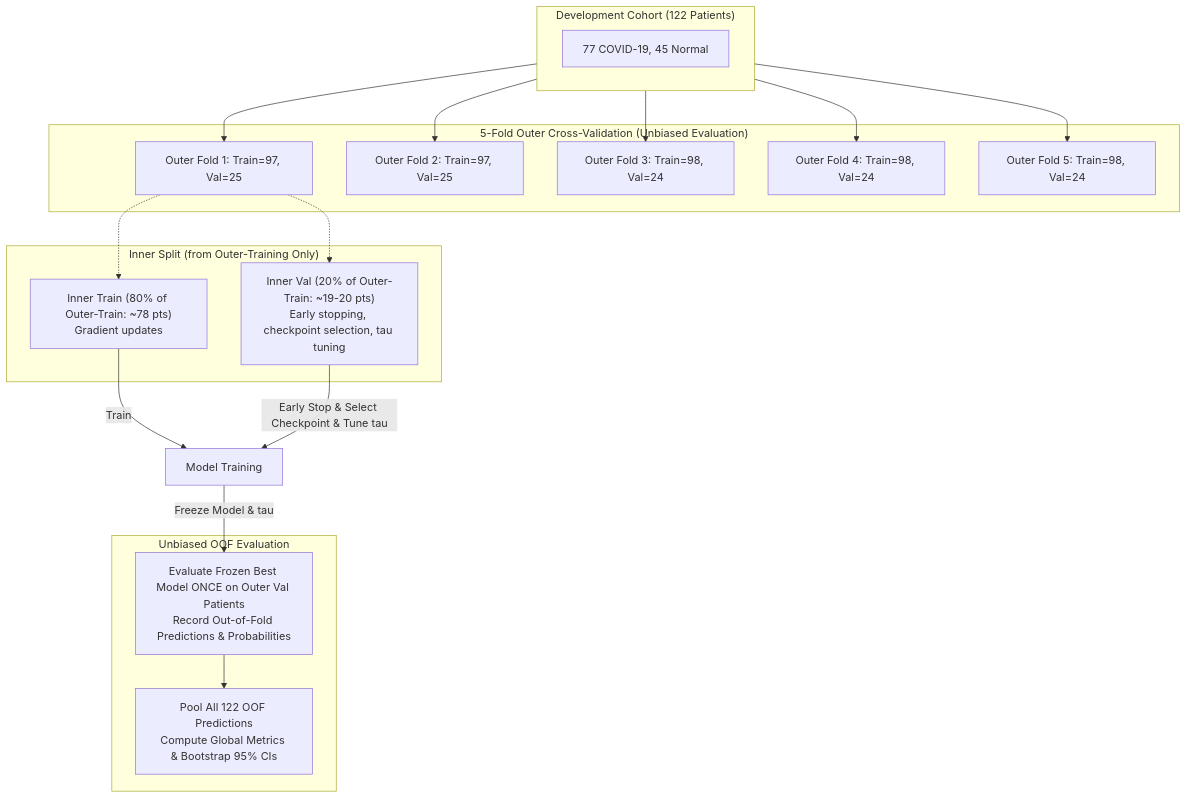
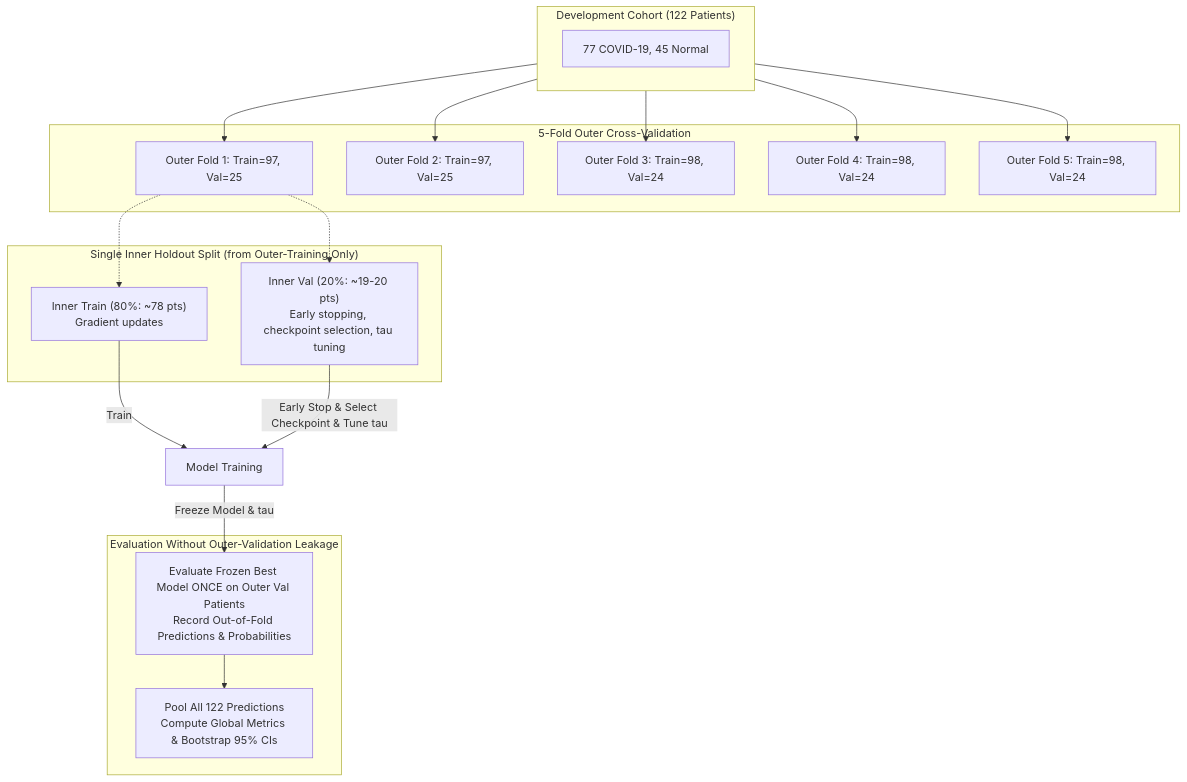
One commit to geetikavasistha-01/PulmoVision changed the diagram in docs/research/cnn_bilstm_experiment_protocol.md. Above: the diagram before and after it, drawn with Mermaid. The commit also changed other lines of this file and 5 other files, not shown here.

Commit message:
feat(training): implement patient-balanced sequence optimization and regression tests

````diff
--- a/docs/research/cnn_bilstm_experiment_protocol.md
+++ b/docs/research/cnn_bilstm_experiment_protocol.md
@@ -61,31 +69,31 @@
 ```mermaid
 flowchart TD
     subgraph Dev ["Development Cohort (122 Patients)"]
         D["77 COVID-19, 45 Normal"]
     end
 
-    subgraph Outer ["5-Fold Outer Cross-Validation (Unbiased Evaluation)"]
+    subgraph Outer ["5-Fold Outer Cross-Validation"]
         F1["Outer Fold 1: Train=97, Val=25"]
         F2["Outer Fold 2: Train=97, Val=25"]
         F3["Outer Fold 3: Train=98, Val=24"]
         F4["Outer Fold 4: Train=98, Val=24"]
         F5["Outer Fold 5: Train=98, Val=24"]
     end
 
-    subgraph Inner ["Inner Split (from Outer-Training Only)"]
-        IT["Inner Train (80% of Outer-Train: ~78 pts)\nGradient updates"]
-        IV["Inner Val (20% of Outer-Train: ~19-20 pts)\nEarly stopping, checkpoint selection, tau tuning"]
+    subgraph Inner ["Single Inner Holdout Split (from Outer-Training Only)"]
+        IT["Inner Train (80%: ~78 pts)\nGradient updates"]
+        IV["Inner Val (20%: ~19-20 pts)\nEarly stopping, checkpoint selection, tau tuning"]
     end
 
-    subgraph OOF ["Unbiased OOF Evaluation"]
+    subgraph OOF ["Evaluation Without Outer-Validation Leakage"]
         Eval["Evaluate Frozen Best Model ONCE on Outer Val Patients\nRecord Out-of-Fold Predictions & Probabilities"]
-        Pool["Pool All 122 OOF Predictions\nCompute Global Metrics & Bootstrap 95% CIs"]
+        Pool["Pool All 122 Predictions\nCompute Global Metrics & Bootstrap 95% CIs"]
     end
 
     Dev --> F1 & F2 & F3 & F4 & F5
     F1 -.-> IT & IV
     IT -->|Train| Model["Model Training"]
     IV -->|Early Stop & Select Checkpoint & Tune tau| Model
     Model -->|Freeze Model & tau| Eval
     Eval --> Pool
 ```
````
